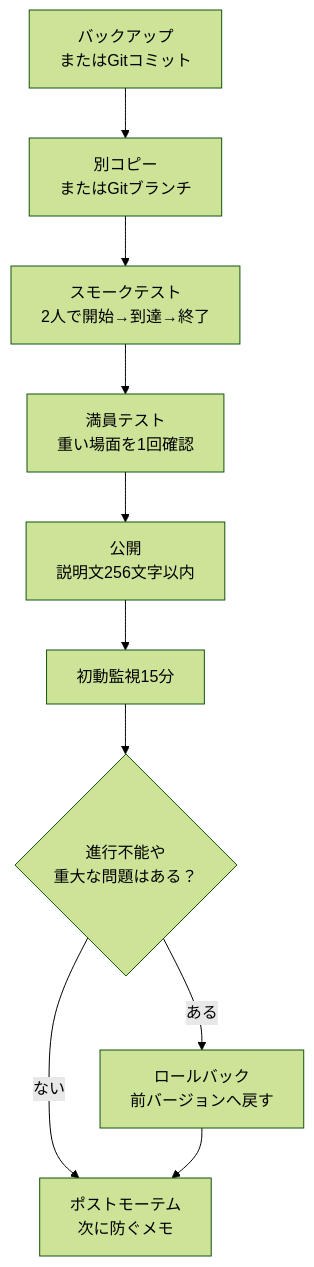
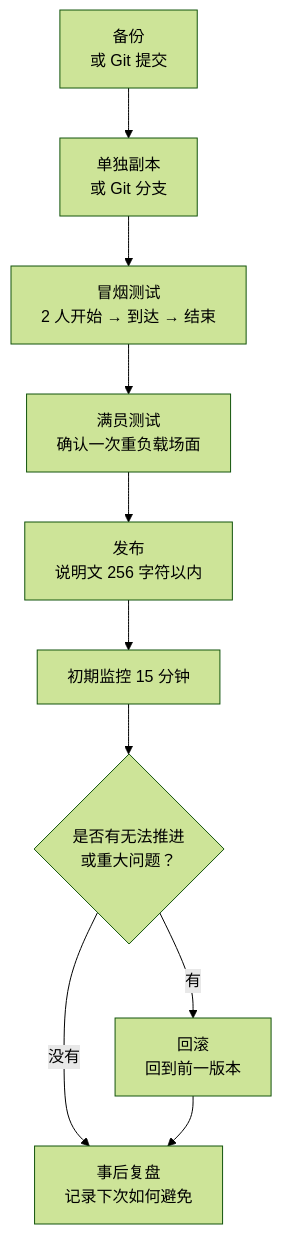
The diagram in content/locales/zh-CN/chapters/9-server.md (link1345/bf-portal-book), drawn with Mermaid (forest theme) before and after one commit. The commit also changed other lines of this file and 2 other files, not shown here.

````diff
--- a/content/locales/zh-CN/chapters/9-server.md
+++ b/content/locales/zh-CN/chapters/9-server.md
@@ -103,16 +103,16 @@
 ```mermaid
 flowchart TD
-  backup["バックアップ<br/>またはGitコミット"]
-  branch["別コピー<br/>またはGitブランチ"]
-  smoke["スモークテスト<br/>2人で開始→到達→終了"]
-  load["満員テスト<br/>重い場面を1回確認"]
-  publish["公開<br/>説明文256文字以内"]
-  watch["初動監視15分"]
-  issue{"進行不能や<br/>重大な問題はある？"}
-  rollback["ロールバック<br/>前バージョンへ戻す"]
-  memo["ポストモーテム<br/>次に防ぐメモ"]
+  backup["备份<br/>或 Git 提交"]
+  branch["单独副本<br/>或 Git 分支"]
+  smoke["冒烟测试<br/>2 人开始 → 到达 → 结束"]
+  load["满员测试<br/>确认一次重负载场面"]
+  publish["发布<br/>说明文 256 字符以内"]
+  watch["初期监控 15 分钟"]
+  issue{"是否有无法推进<br/>或重大问题？"}
+  rollback["回滚<br/>回到前一版本"]
+  memo["事后复盘<br/>记录下次如何避免"]
 
   backup --> branch --> smoke --> load --> publish --> watch --> issue
-  issue -- "ない" --> memo
-  issue -- "ある" --> rollback --> memo
+  issue -- "没有" --> memo
+  issue -- "有" --> rollback --> memo
 ```
````
